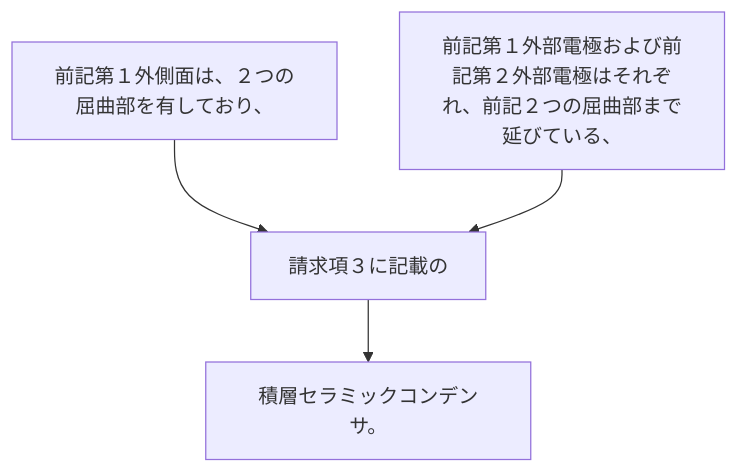
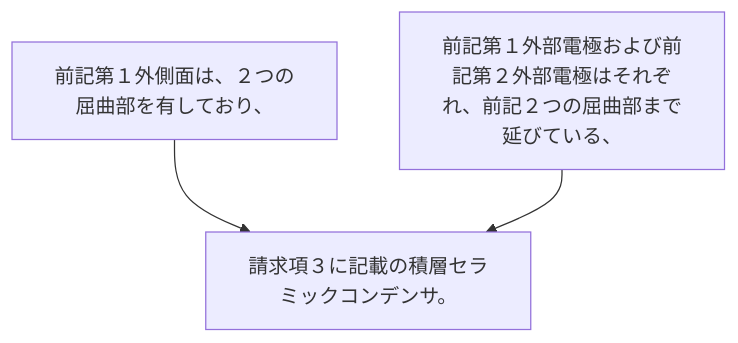
Before and after one commit to shinmori55/patent_analyzed: the diagram in 2024/JP2024034458A/claim_4/README.md, drawn with Mermaid. The commit also changed 336 other files, not shown here.

````diff
--- a/2024/JP2024034458A/claim_4/README.md
+++ b/2024/JP2024034458A/claim_4/README.md
@@ -2,10 +2,8 @@
 ```mermaid
 flowchart TD
 A[前記第１外側面は、２つの屈曲部を有しており、]
 B[前記第１外部電極および前記第２外部電極はそれぞれ、前記２つの屈曲部まで延びている、]
-C[請求項３に記載の]
-D[積層セラミックコンデンサ。]
+C[請求項３に記載の積層セラミックコンデンサ。]
 A --> C
 B --> C
-C --> D
 ```
````
